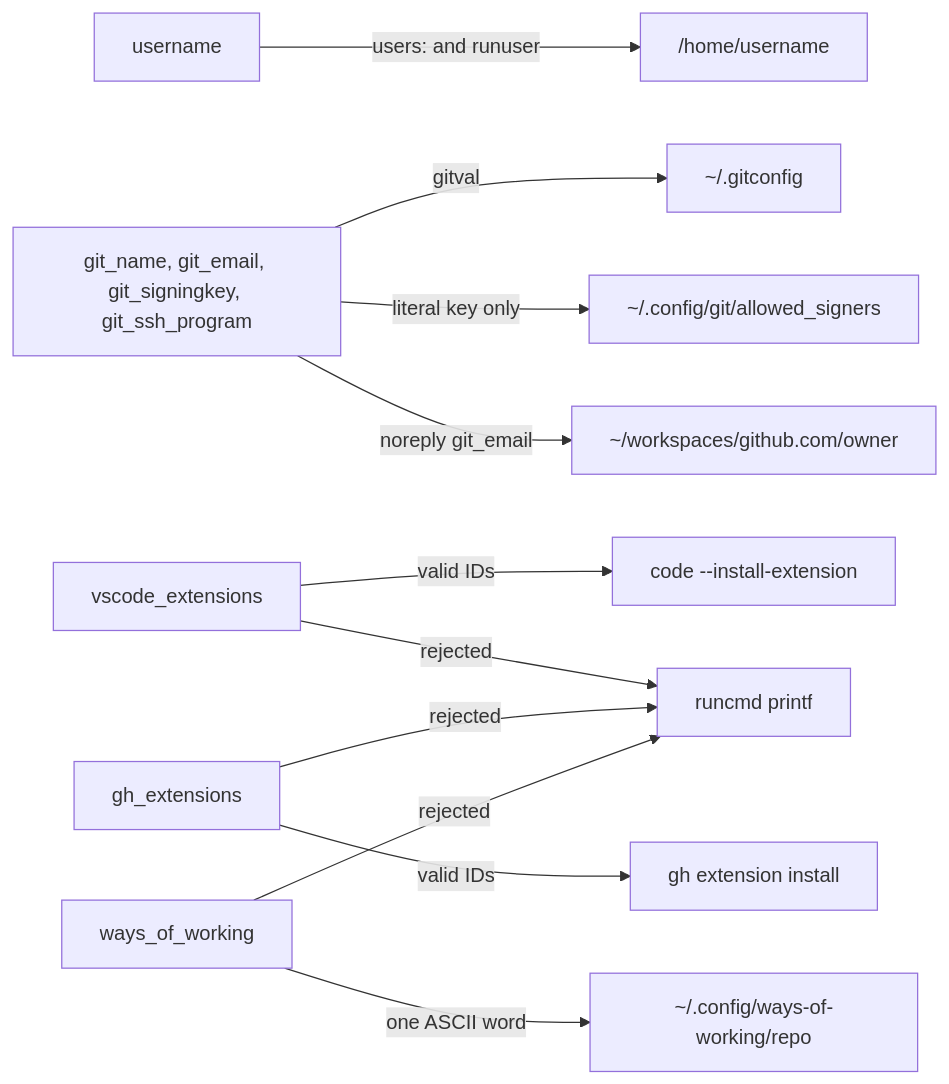
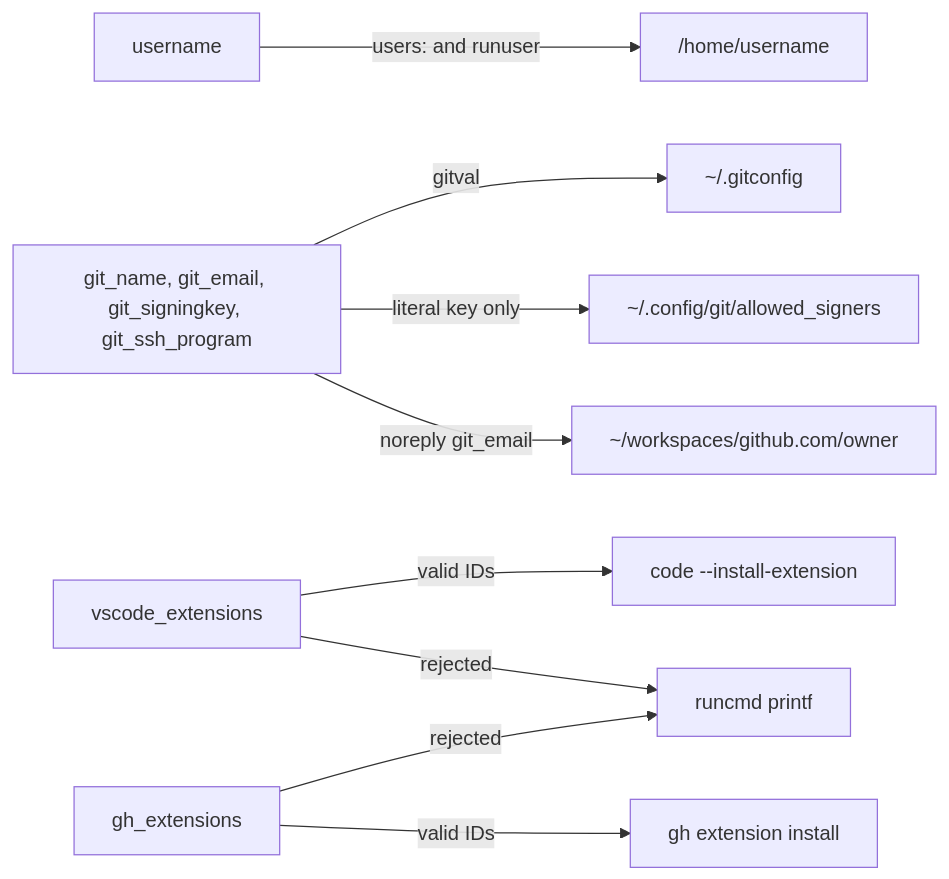
Before and after one commit to froazin/dotfiles: the first of 2 diagrams in docs/wsl/meta-data.md, drawn with Mermaid. The commit also changed other lines of this file and 41 other files, not shown here.

````diff
--- a/docs/wsl/meta-data.md
+++ b/docs/wsl/meta-data.md
@@ -22,15 +22,13 @@
 ```mermaid
 flowchart LR
     accTitle: Where each meta-data key ends up
-    accDescr: The username gates everything in the user's home. Git keys go into .gitconfig through gitval, and a literal signing key also goes into allowed_signers. A GitHub noreply email gives a workspace directory. Extension lists become one runcmd install each, and ways_of_working becomes a config file. Rejected values become printf lines.
+    accDescr: The username gates everything in the user's home. Git keys go into .gitconfig through gitval, and a literal signing key also goes into allowed_signers. A GitHub noreply email gives a workspace directory. Extension lists become one runcmd install each, and rejected entries become printf lines.
     username["username"] -->|"users: and runuser"| home["/home/username"]
     git["git_name, git_email, git_signingkey, git_ssh_program"] -->|gitval| gitconfig["~/.gitconfig"]
     git -->|"literal key only"| signers["~/.config/git/allowed_signers"]
     git -->|"noreply git_email"| ghdir["~/workspaces/github.com/owner"]
     vscode["vscode_extensions"] -->|"valid IDs"| codeinstall["code --install-extension"]
     gh["gh_extensions"] -->|"valid IDs"| ghinstall["gh extension install"]
-    wow["ways_of_working"] -->|"one ASCII word"| repo["~/.config/ways-of-working/repo"]
     vscode -->|rejected| printf["runcmd printf"]
     gh -->|rejected| printf
-    wow -->|rejected| printf
 ```
````
